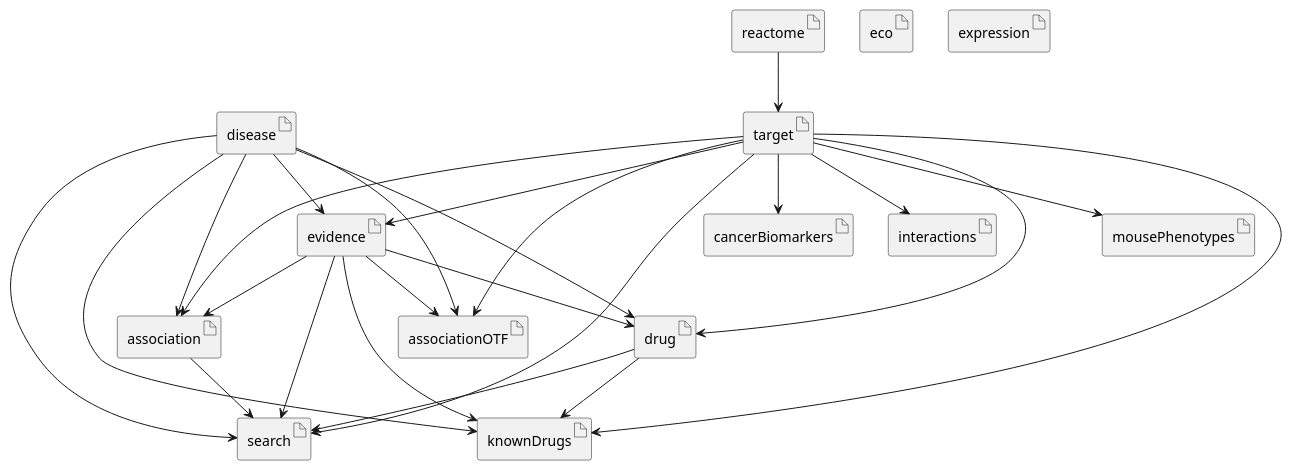
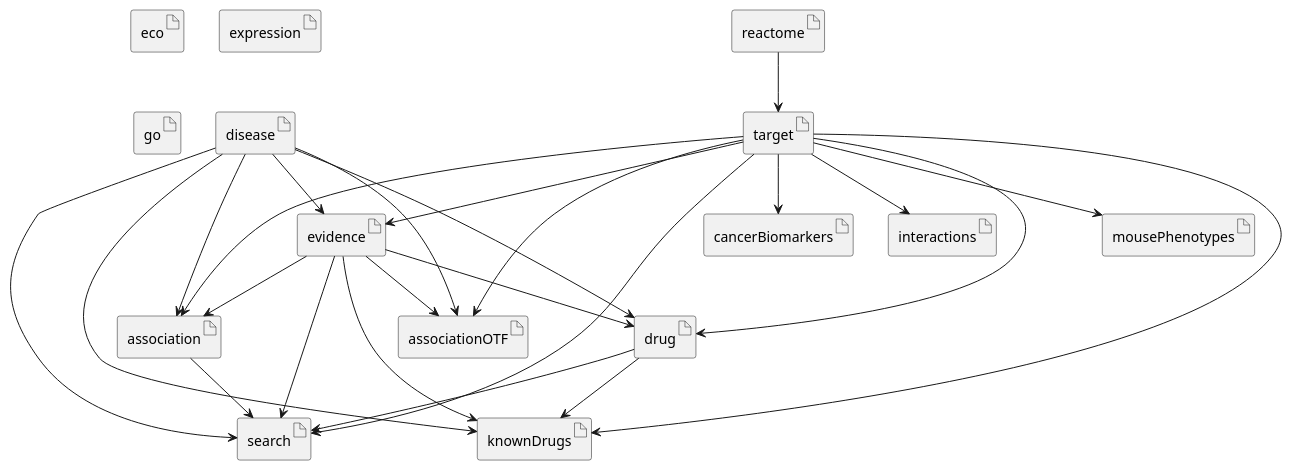
The diagram in documentation/etl_dp_dependencies.puml (opentargets/platform-etl-backend), drawn with PlantUML before and after one commit. The commit also changed 11 other files, not shown here.

```diff
--- a/documentation/etl_dp_dependencies.puml
+++ b/documentation/etl_dp_dependencies.puml
@@ -1,74 +1,75 @@
 @startuml
 ' inputs
 
 ' steps
 artifact association
 artifact associationOTF
 artifact cancerBiomarkers
 artifact disease
 artifact drug
 artifact eco
 artifact evidence
 artifact expression
+artifact go
 artifact interactions
 artifact knownDrugs
 artifact mousePhenotypes
 artifact reactome
 artifact search
 artifact target
 
 ' links between steps / inputs
 
 'association step
 evidence --> association
 disease --> association
 target --> association
 
 'association OTF
 evidence --> associationOTF
 disease --> associationOTF
 target --> associationOTF
 
 'cancerBiomarkers
 target --> cancerBiomarkers
 
 'connections
   ' not used
 'disease
   ' no step dependencies
 'drug
 target --> drug
 disease --> drug
 evidence --> drug
 'eco
   ' not used
 'evidence
 target --> evidence
 disease --> evidence
 'expression
   ' could be removed?
 'interactions
 target --> interactions
 
 'knownDrugs
 target --> knownDrugs
 disease --> knownDrugs
 evidence --> knownDrugs
 drug --> knownDrugs
 
 'mousePhenotypes
 target --> mousePhenotypes
 'reactome
 
 'search
 association --> search
 disease --> search
 drug --> search
 evidence --> search
 target --> search
 
 'target
 reactome --> target
 
 
 @enduml
```
